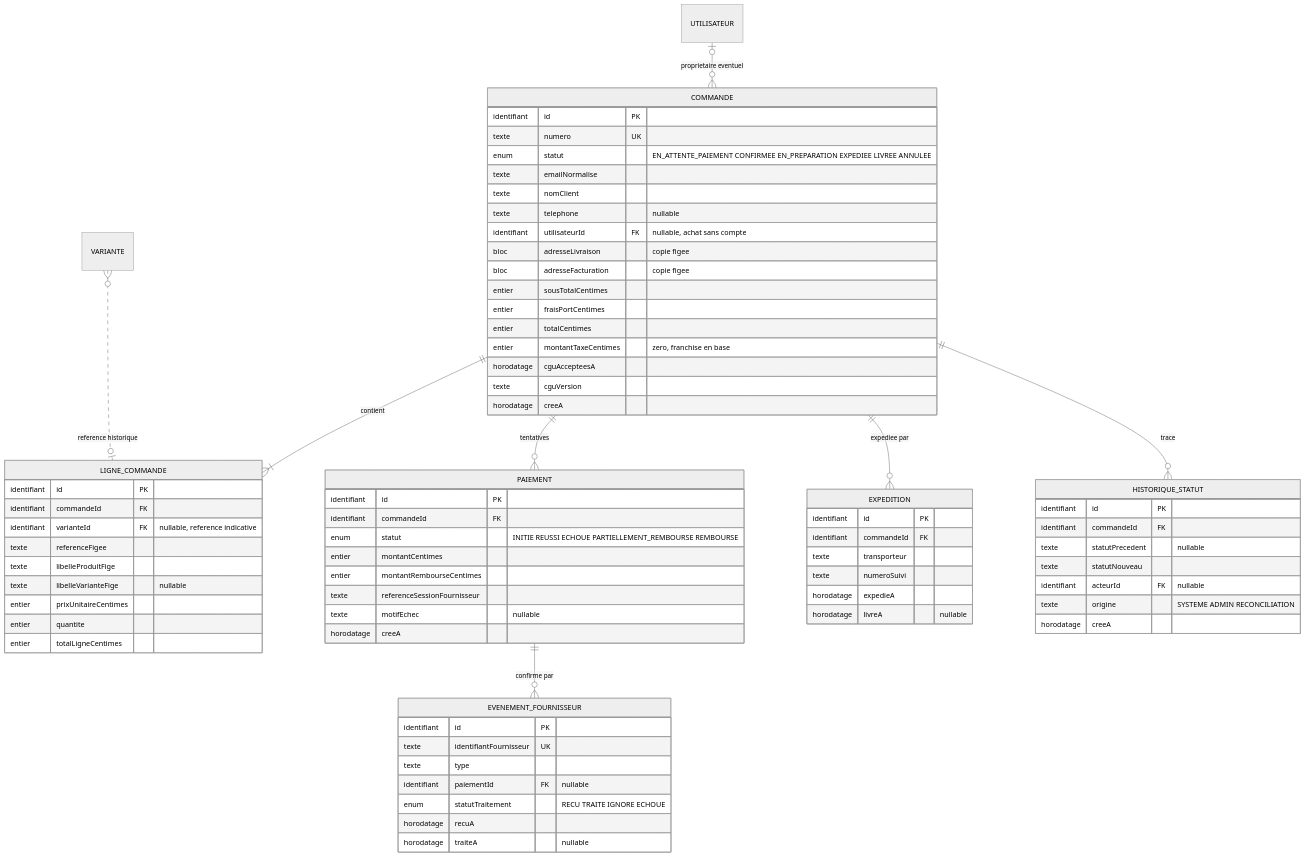
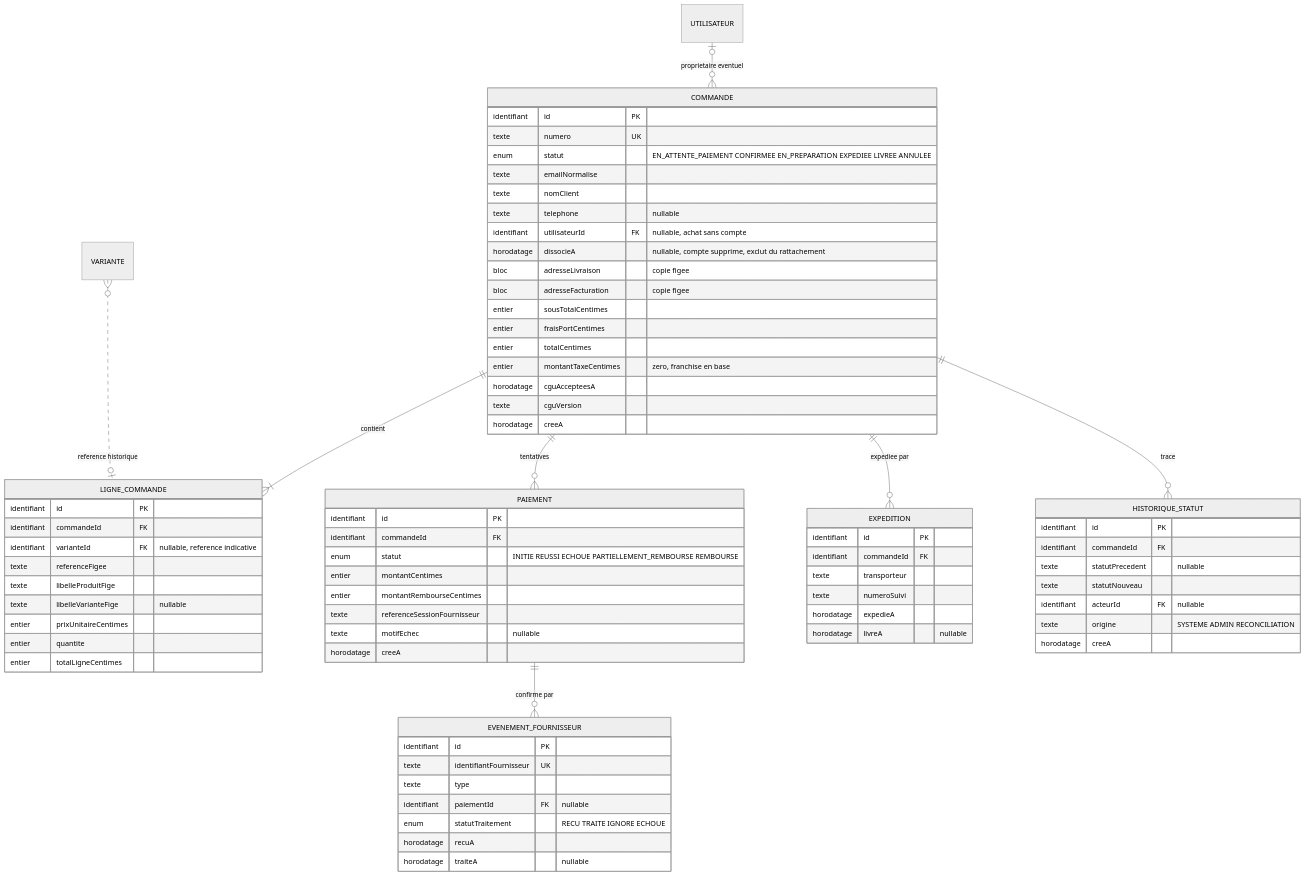
Before and after one commit to krismos64/lune-soleil: the fourth of 9 diagrams in docs/architecture/MODELE-CONCEPTUEL.md, drawn with Mermaid (neutral theme). The commit also changed other lines of this file and 1 other file, not shown here.

````diff
--- a/docs/architecture/MODELE-CONCEPTUEL.md
+++ b/docs/architecture/MODELE-CONCEPTUEL.md
@@ -357,76 +349,77 @@
 ```mermaid
 erDiagram
     COMMANDE ||--|{ LIGNE_COMMANDE : "contient"
     COMMANDE ||--o{ PAIEMENT : "tentatives"
     COMMANDE ||--o{ EXPEDITION : "expediee par"
     COMMANDE ||--o{ HISTORIQUE_STATUT : "trace"
     PAIEMENT ||--o{ EVENEMENT_FOURNISSEUR : "confirme par"
     VARIANTE }o..o| LIGNE_COMMANDE : "reference historique"
     UTILISATEUR |o--o{ COMMANDE : "proprietaire eventuel"
 
     COMMANDE {
         identifiant id PK
         texte numero UK
         enum statut "EN_ATTENTE_PAIEMENT CONFIRMEE EN_PREPARATION EXPEDIEE LIVREE ANNULEE"
         texte emailNormalise
         texte nomClient
         texte telephone "nullable"
         identifiant utilisateurId FK "nullable, achat sans compte"
+        horodatage dissocieA "nullable, compte supprime, exclut du rattachement"
         bloc adresseLivraison "copie figee"
         bloc adresseFacturation "copie figee"
         entier sousTotalCentimes
         entier fraisPortCentimes
         entier totalCentimes
         entier montantTaxeCentimes "zero, franchise en base"
         horodatage cguAccepteesA
         texte cguVersion
         horodatage creeA
     }
     LIGNE_COMMANDE {
         identifiant id PK
         identifiant commandeId FK
         identifiant varianteId FK "nullable, reference indicative"
         texte referenceFigee
         texte libelleProduitFige
         texte libelleVarianteFige "nullable"
         entier prixUnitaireCentimes
         entier quantite
         entier totalLigneCentimes
     }
     PAIEMENT {
         identifiant id PK
         identifiant commandeId FK
         enum statut "INITIE REUSSI ECHOUE PARTIELLEMENT_REMBOURSE REMBOURSE"
         entier montantCentimes
         entier montantRembourseCentimes
         texte referenceSessionFournisseur
         texte motifEchec "nullable"
         horodatage creeA
     }
     EVENEMENT_FOURNISSEUR {
         identifiant id PK
         texte identifiantFournisseur UK
         texte type
         identifiant paiementId FK "nullable"
         enum statutTraitement "RECU TRAITE IGNORE ECHOUE"
         horodatage recuA
         horodatage traiteA "nullable"
     }
     EXPEDITION {
         identifiant id PK
         identifiant commandeId FK
         texte transporteur
         texte numeroSuivi
         horodatage expedieA
         horodatage livreA "nullable"
     }
     HISTORIQUE_STATUT {
         identifiant id PK
         identifiant commandeId FK
         texte statutPrecedent "nullable"
         texte statutNouveau
         identifiant acteurId FK "nullable"
         texte origine "SYSTEME ADMIN RECONCILIATION"
         horodatage creeA
     }
 ```
````
